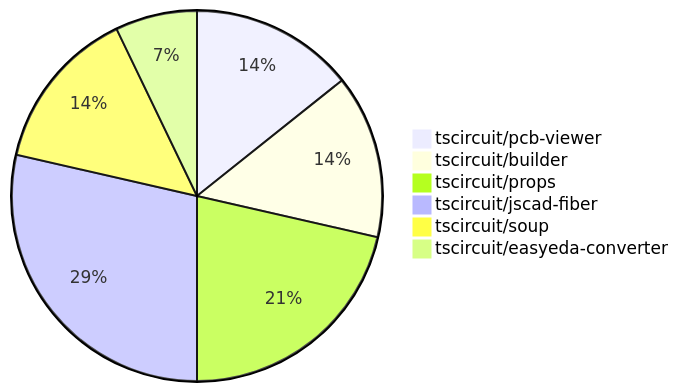
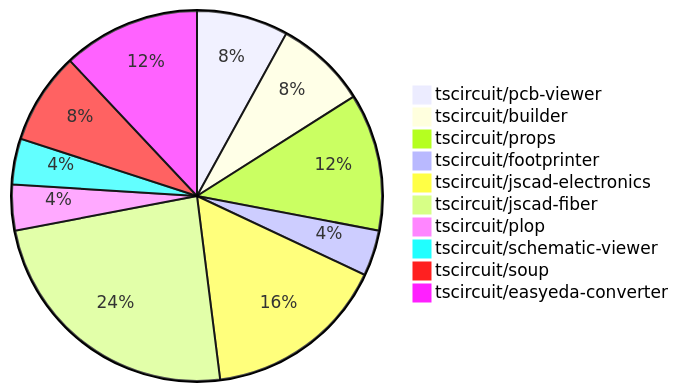
The diagram in README.md (tscircuit/contribution-tracker), drawn with Mermaid before and after one commit. The commit also changed other lines of this file and 1 other file, not shown here.

````diff
--- a/README.md
+++ b/README.md
@@ -24,9 +24,13 @@
 ```mermaid
 pie
     "tscircuit/pcb-viewer" : 2
     "tscircuit/builder" : 2
     "tscircuit/props" : 3
-    "tscircuit/jscad-fiber" : 4
+    "tscircuit/footprinter" : 1
+    "tscircuit/jscad-electronics" : 4
+    "tscircuit/jscad-fiber" : 6
+    "tscircuit/plop" : 1
+    "tscircuit/schematic-viewer" : 1
     "tscircuit/soup" : 2
-    "tscircuit/easyeda-converter" : 1
+    "tscircuit/easyeda-converter" : 3
 ```
````
